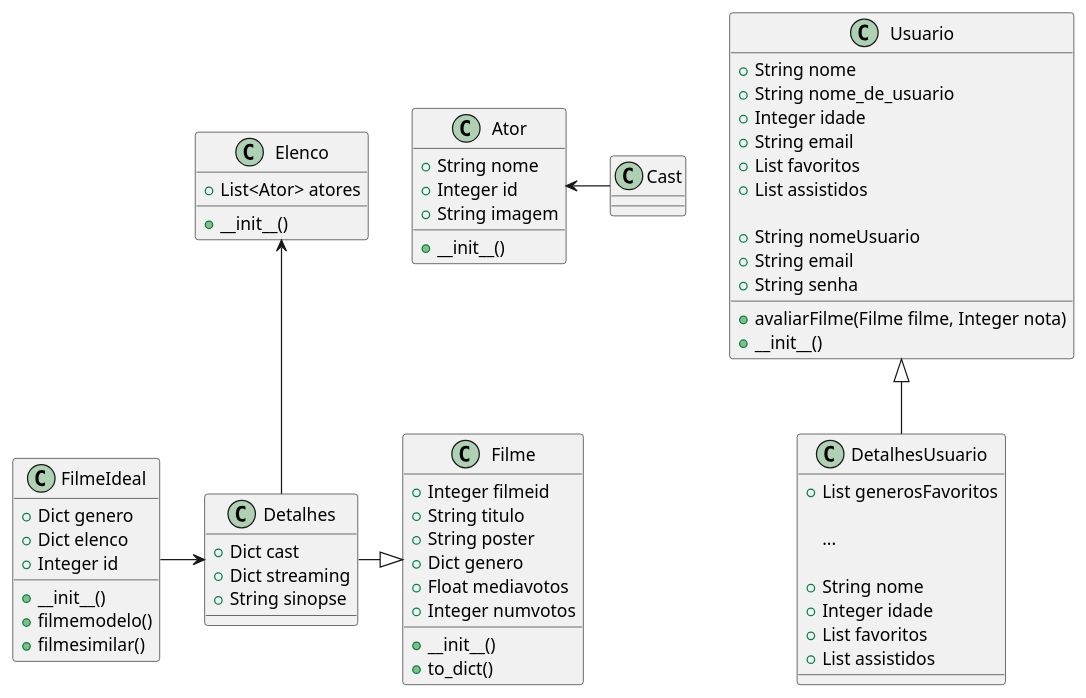
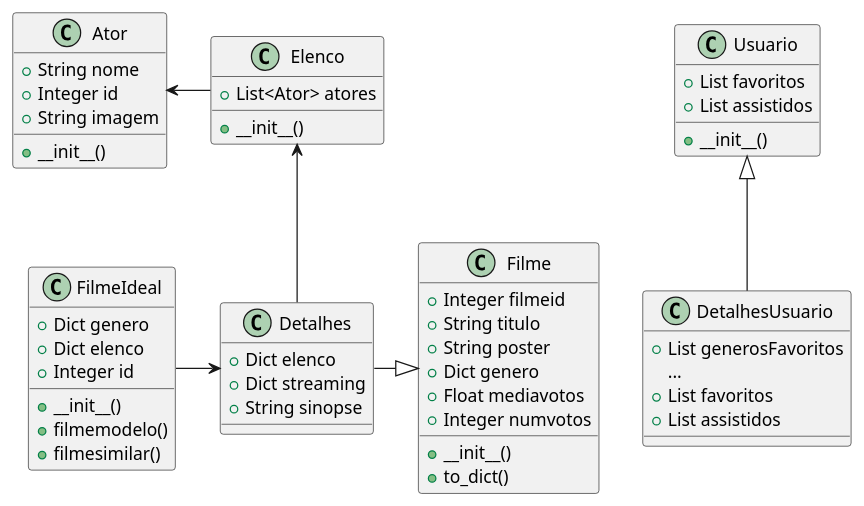
The diagram in diagramas uml/1.diagrama_de_classes.plantUML (isadora-yasmim/ms_20242_g3), drawn with PlantUML before and after one commit.

```diff
--- a/diagramas uml/1.diagrama_de_classes.plantUML
+++ b/diagramas uml/1.diagrama_de_classes.plantUML
@@ -1,79 +1,66 @@
 @startuml Diagrama_de_Classses_KlimaX
         class Filme {
                 +Integer filmeid
                 +String titulo
                 +String poster
                 +Dict genero
                 +Float mediavotos
                 +Integer numvotos
 
                 +__init__()
                 +to_dict()
         }
 
         class Detalhes{
-                +Dict cast
+                +Dict elenco
                 +Dict streaming
                 +String sinopse
 
 
         }
 
         class Elenco{
 
                 +List<Ator> atores
                 +__init__()
         }
 
         class Ator {
                 +String nome
                 +Integer id
                 +String imagem
                 +__init__()
         }
 
         class Usuario {
-
-                +String nome
-                +String nome_de_usuario
-                +Integer idade
-                +String email
                 +List favoritos
                 +List assistidos
-                +avaliarFilme(Filme filme, Integer nota)
 
-                +String nomeUsuario
-                +String email
-                +String senha
 
                 +__init__()
         }
         class FilmeIdeal {
                 +Dict genero
                 +Dict elenco
                 +Integer id
 
                 +__init__()
                 +filmemodelo()
                 +filmesimilar()
         }
 
         class DetalhesUsuario extends Usuario {
                 +List generosFavoritos
-
                 ...
-
-                +String nome
-                +Integer idade
                 +List favoritos
                 +List assistidos
 
 
         }
 
         FilmeIdeal -> Detalhes
         Detalhes -|> Filme
         Elenco <-- Detalhes
-        Ator <- Cast
+        Ator <- Elenco
 
 @enduml
```
